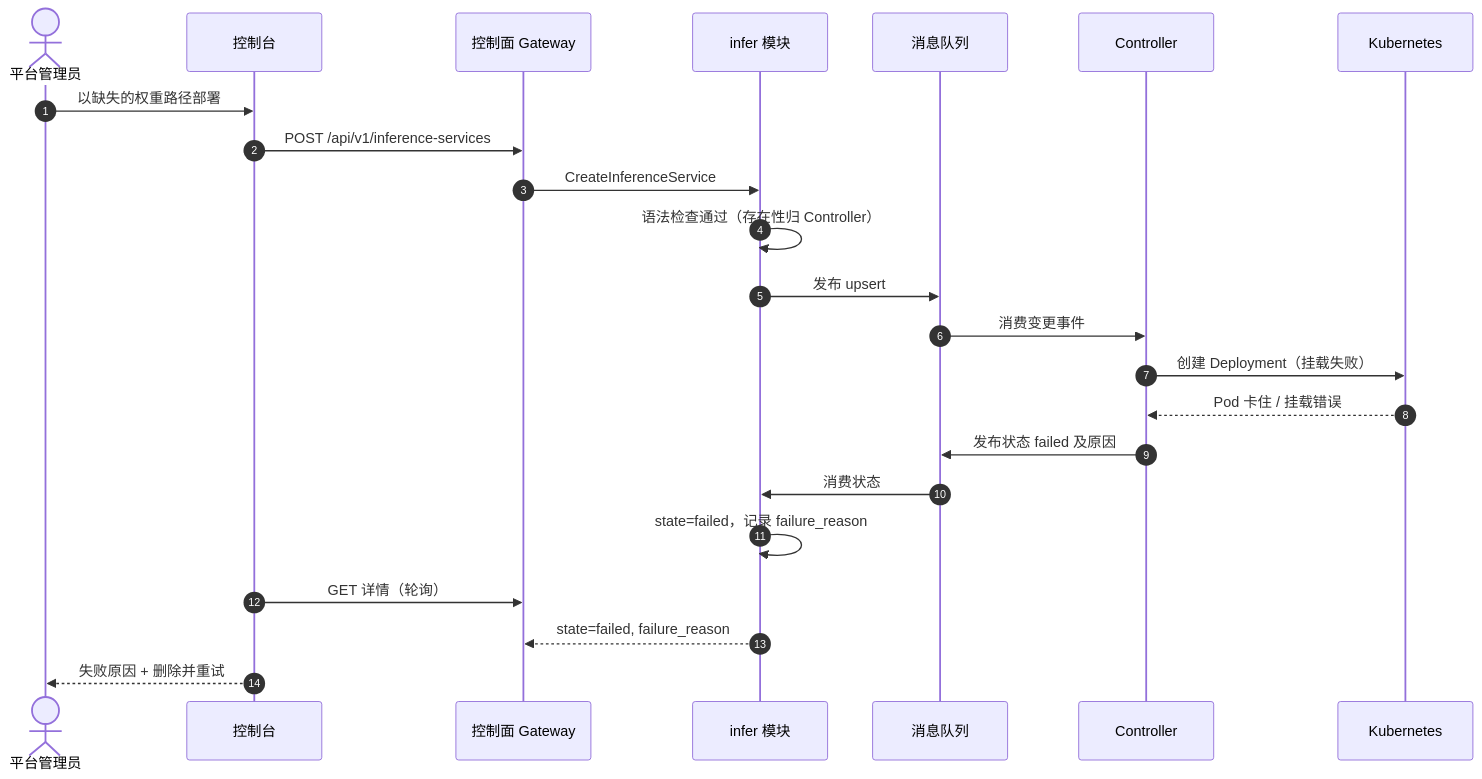
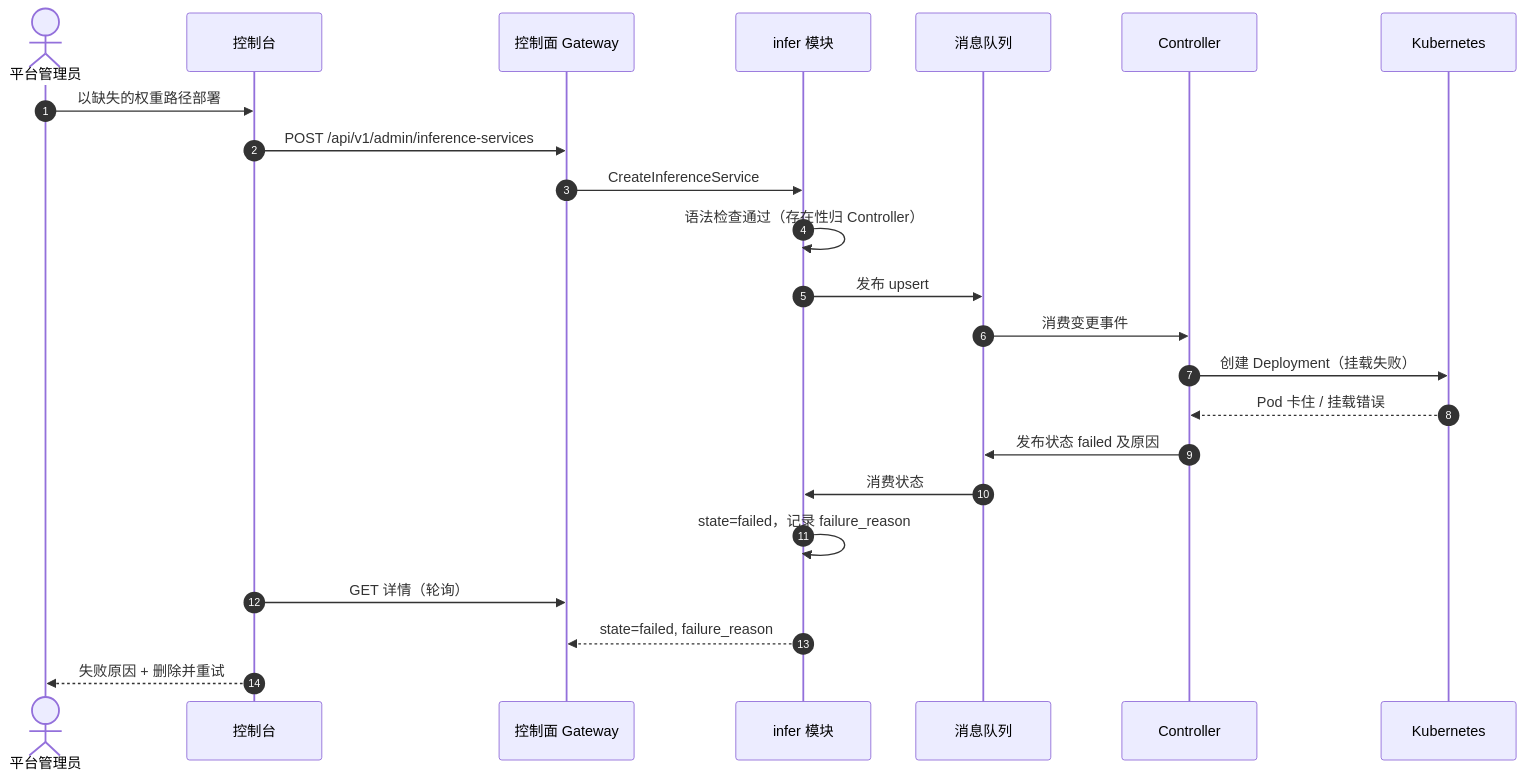
The fourth of 5 diagrams in docs/architecture/model-catalog-deployment.zh-cn.md (dhyabi2/go-taas), drawn with Mermaid before and after one commit. The commit also changed other lines of this file and 24 other files, not shown here.

Commit message:
feat(api,web): split admin surface under /api/v1/admin and /admin console prefix

````diff
--- a/docs/architecture/model-catalog-deployment.zh-cn.md
+++ b/docs/architecture/model-catalog-deployment.zh-cn.md
@@ -331,26 +331,26 @@
 ```mermaid
 sequenceDiagram
     autonumber
     actor Admin as 平台管理员
     participant Console as 控制台
     participant CGW as 控制面 Gateway
     participant Infer as infer 模块
     participant MQ as 消息队列
     participant CTRL as Controller
     participant K8s as Kubernetes
 
     Admin->>Console: 以缺失的权重路径部署
-    Console->>CGW: POST /api/v1/inference-services
+    Console->>CGW: POST /api/v1/admin/inference-services
     CGW->>Infer: CreateInferenceService
     Infer->>Infer: 语法检查通过（存在性归 Controller）
     Infer->>MQ: 发布 upsert
     MQ->>CTRL: 消费变更事件
     CTRL->>K8s: 创建 Deployment（挂载失败）
     K8s-->>CTRL: Pod 卡住 / 挂载错误
     CTRL->>MQ: 发布状态 failed 及原因
     MQ->>Infer: 消费状态
     Infer->>Infer: state=failed，记录 failure_reason
     Console->>CGW: GET 详情（轮询）
     Infer-->>CGW: state=failed, failure_reason
     Console-->>Admin: 失败原因 + 删除并重试
 ```
````
